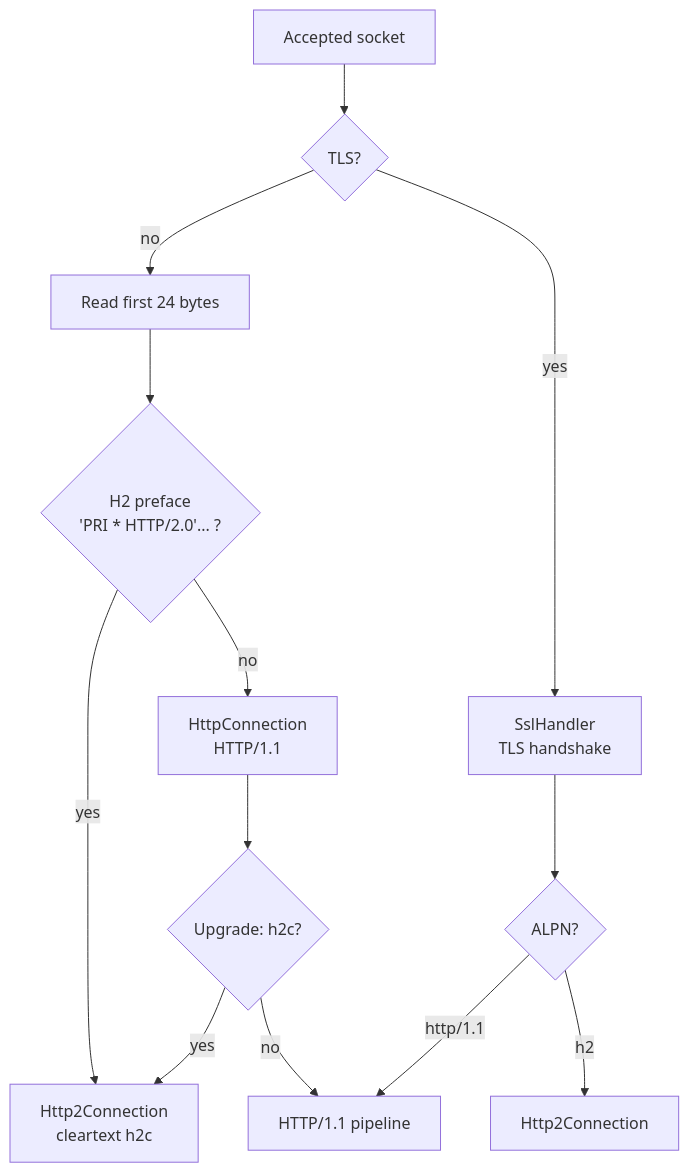
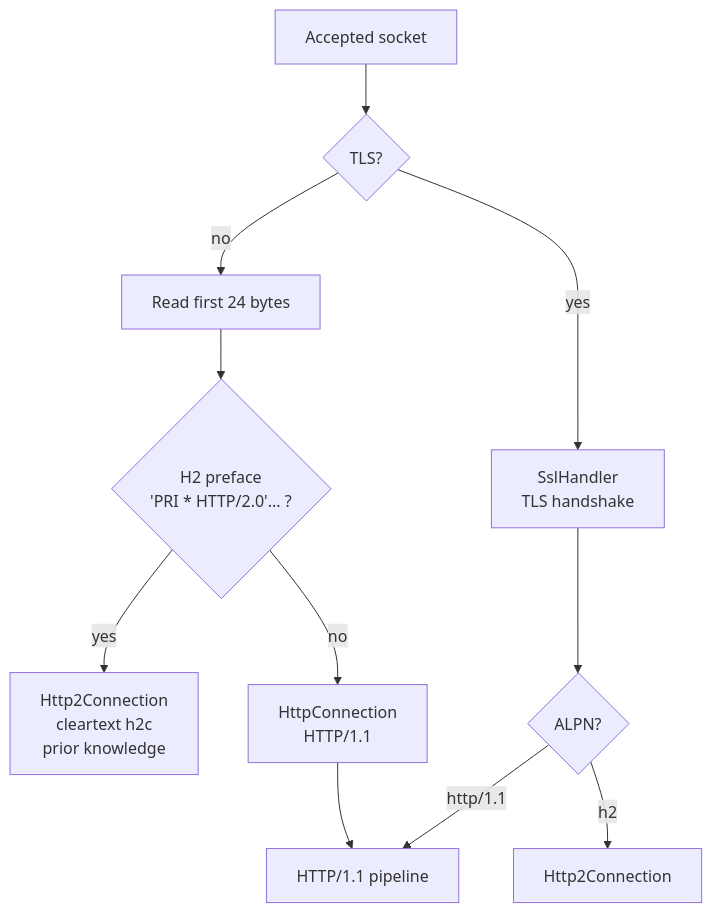
Before and after one commit to vidocq-stack/chappe: the second of 6 diagrams in docs/en/modules/ROOT/pages/internals.adoc, drawn with Mermaid. The commit also changed other lines of this file and 7 other files, not shown here.

```diff
--- a/docs/en/modules/ROOT/pages/internals.adoc
+++ b/docs/en/modules/ROOT/pages/internals.adoc
@@ -64,16 +64,14 @@
 [mermaid]
 ....
 flowchart TD
     A[Accepted socket] --> B{TLS?}
     B -- no --> C[Read first 24 bytes]
     C --> D{H2 preface<br/>'PRI * HTTP/2.0'... ?}
-    D -- yes --> E[Http2Connection<br/>cleartext h2c]
+    D -- yes --> E[Http2Connection<br/>cleartext h2c<br/>prior knowledge]
     D -- no --> F[HttpConnection<br/>HTTP/1.1]
-    F --> G{Upgrade: h2c?}
-    G -- yes --> E
-    G -- no --> H[HTTP/1.1 pipeline]
+    F --> H[HTTP/1.1 pipeline]
     B -- yes --> I[SslHandler<br/>TLS handshake]
     I --> J{ALPN?}
     J -- h2 --> K[Http2Connection]
     J -- http/1.1 --> H
 ....
```
